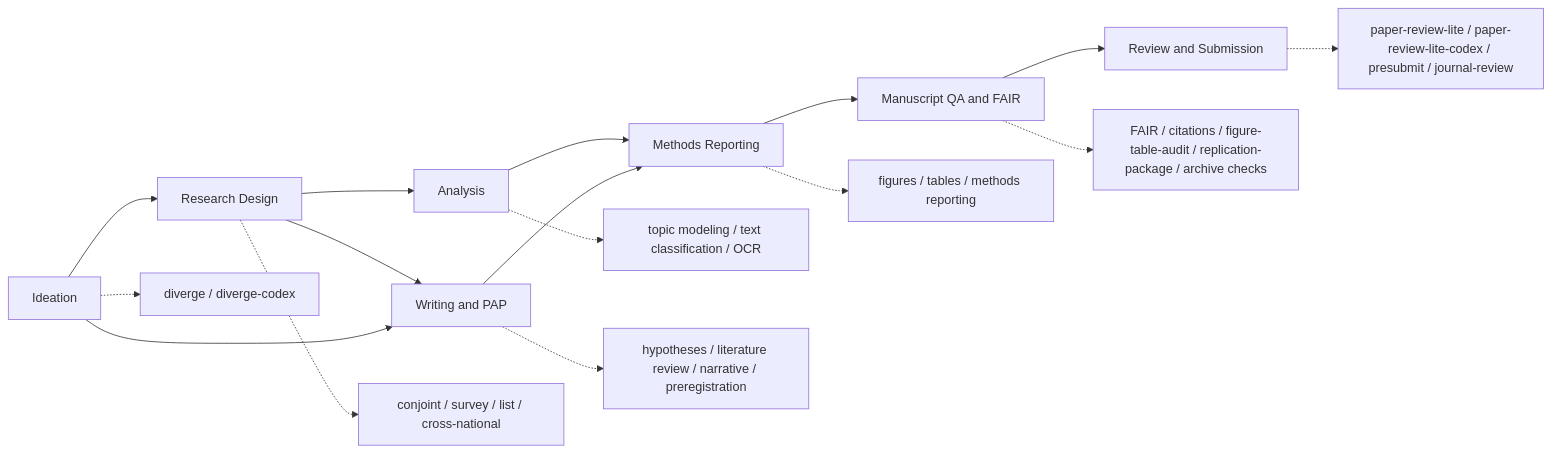
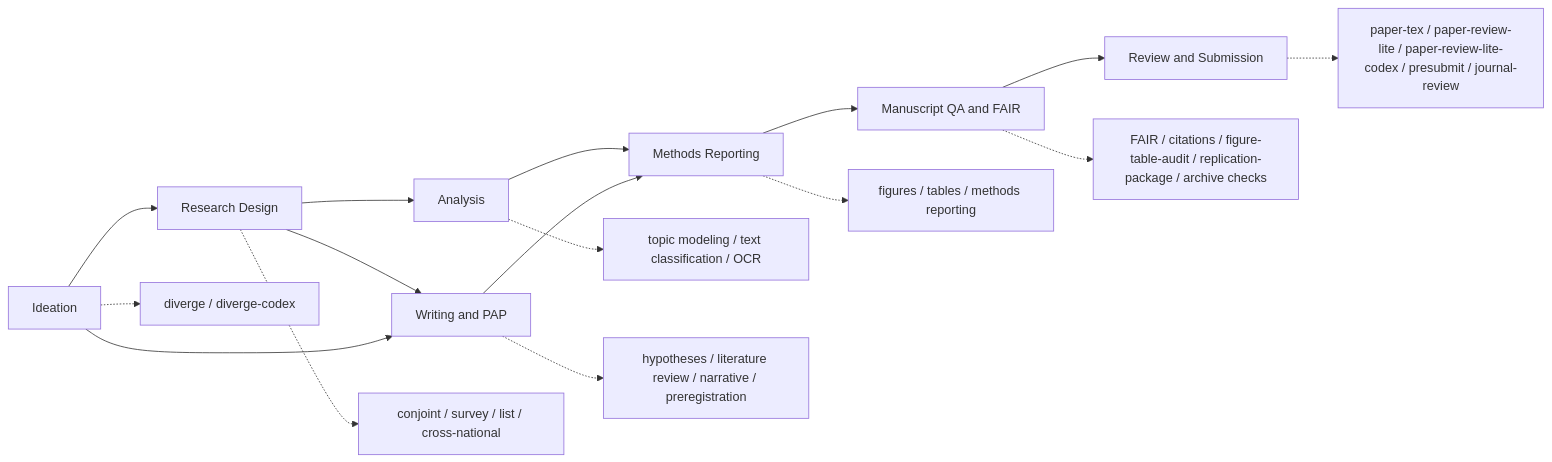
The diagram in README.md (scdenney/open-science-skills), drawn with Mermaid before and after one commit.

Commit message:
README Skill Map: add paper-tex to Review and Submission node

````diff
--- a/README.md
+++ b/README.md
@@ -35,20 +35,20 @@
 ```mermaid
 flowchart LR
     A[Research Design] --> B[Analysis]
     A --> C[Writing and PAP]
     B --> D[Methods Reporting]
     C --> D
     D --> E[Manuscript QA and FAIR]
     E --> F[Review and Submission]
 
     G[Ideation] --> A
     G --> C
 
     A -.-> A1[conjoint / survey / list / cross-national]
     B -.-> B1[topic modeling / text classification / OCR]
     C -.-> C1[hypotheses / literature review / narrative / preregistration]
     D -.-> D1[figures / tables / methods reporting]
     E -.-> E1[FAIR / citations / figure-table-audit / replication-package / archive checks]
-    F -.-> F1[paper-review-lite / paper-review-lite-codex / presubmit / journal-review]
+    F -.-> F1[paper-tex / paper-review-lite / paper-review-lite-codex / presubmit / journal-review]
     G -.-> G1[diverge / diverge-codex]
 ```
````
